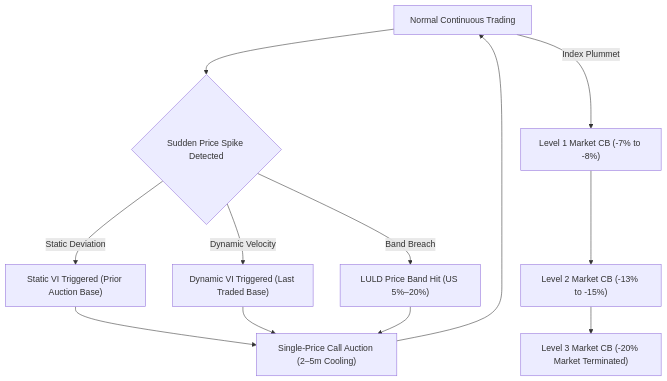
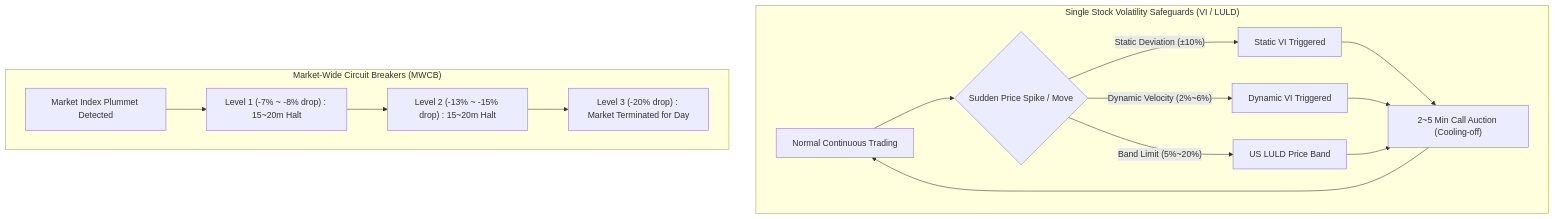
The third of 4 diagrams in en/comparison_matrix.md (keimania/global-exchanges), drawn with Mermaid before and after one commit. The commit also changed other lines of this file and 3 other files, not shown here.

Commit message:
fix: resolve Mermaid hidden element 0-dimension layout bug and restructure Section 1 & 5 diagrams

````diff
--- a/en/comparison_matrix.md
+++ b/en/comparison_matrix.md
@@ -110,26 +123,19 @@
 ```mermaid
 flowchart TD
-    Normal["Normal Continuous Trading"]
-    VI_Check{"Sudden Price Spike Detected"}
-    VI_Static["Static VI Triggered (Prior Auction Base)"]
-    VI_Dynamic["Dynamic VI Triggered (Last Traded Base)"]
-    LULD_Band["LULD Price Band Hit (US 5%–20%)"]
-    CallAuction["Single-Price Call Auction (2–5m Cooling)"]
+    subgraph Single_Stock["Single Stock Volatility Safeguards (VI / LULD)"]
+        Normal["Normal Continuous Trading"] --> Trigger{"Sudden Price Spike / Move"}
+        Trigger -->|"Static Deviation (±10%)"| VI_S["Static VI Triggered"]
+        Trigger -->|"Dynamic Velocity (2%~6%)"| VI_D["Dynamic VI Triggered"]
+        Trigger -->|"Band Limit (5%~20%)"| LULD["US LULD Price Band"]
+        VI_S --> Auction["2~5 Min Call Auction (Cooling-off)"]
+        VI_D --> Auction
+        LULD --> Auction
+        Auction --> Normal
+    end
 
-    Normal --> VI_Check
-    VI_Check -->|Static Deviation| VI_Static
-    VI_Check -->|Dynamic Velocity| VI_Dynamic
-    VI_Check -->|Band Breach| LULD_Band
-    VI_Static --> CallAuction
-    VI_Dynamic --> CallAuction
-    LULD_Band --> CallAuction
-    CallAuction --> Normal
-
-    Level1["Level 1 Market CB (-7% to -8%)"]
-    Level2["Level 2 Market CB (-13% to -15%)"]
-    Level3["Level 3 Market CB (-20% Market Terminated)"]
-
-    Normal -->|Index Plummet| Level1
-    Level1 --> Level2
-    Level2 --> Level3
+    subgraph Market_Wide["Market-Wide Circuit Breakers (MWCB)"]
+        MW_Start["Market Index Plummet Detected"] --> CB1["Level 1 (-7% ~ -8% drop) : 15~20m Halt"]
+        CB1 --> CB2["Level 2 (-13% ~ -15% drop) : 15~20m Halt"]
+        CB2 --> CB3["Level 3 (-20% drop) : Market Terminated for Day"]
+    end
 ```
````
